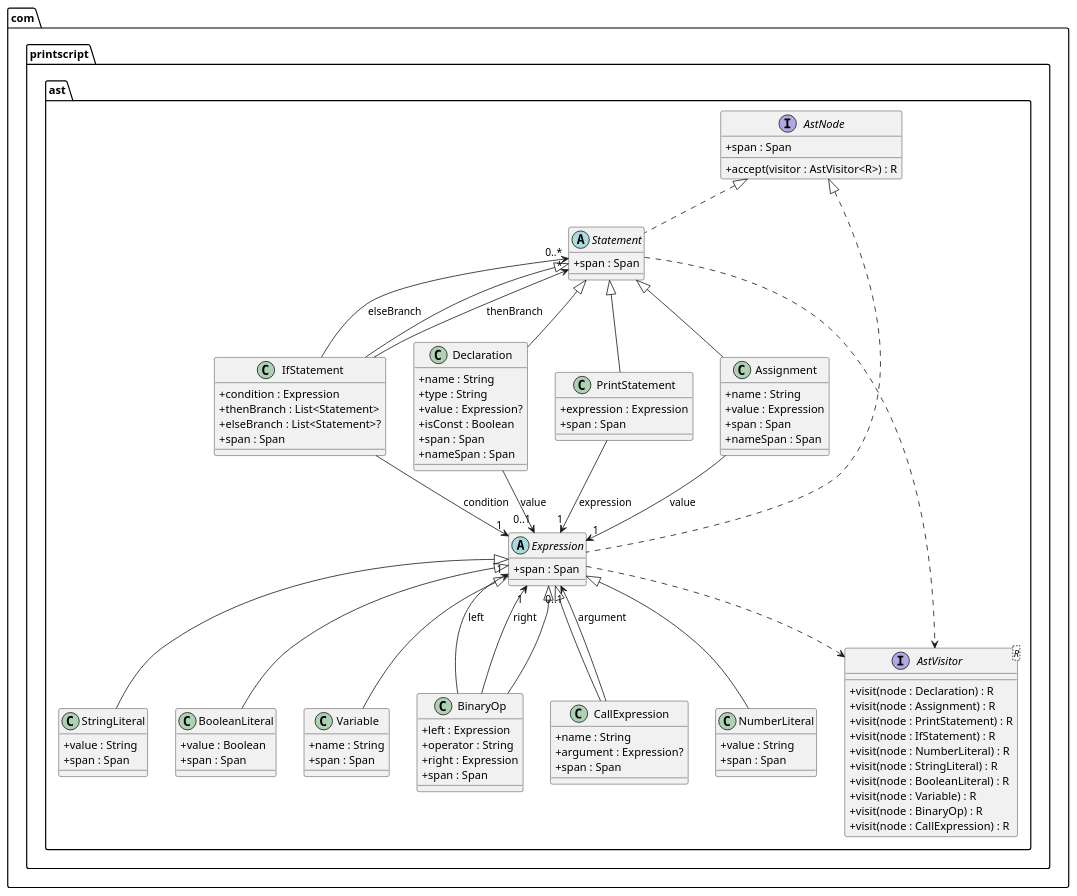
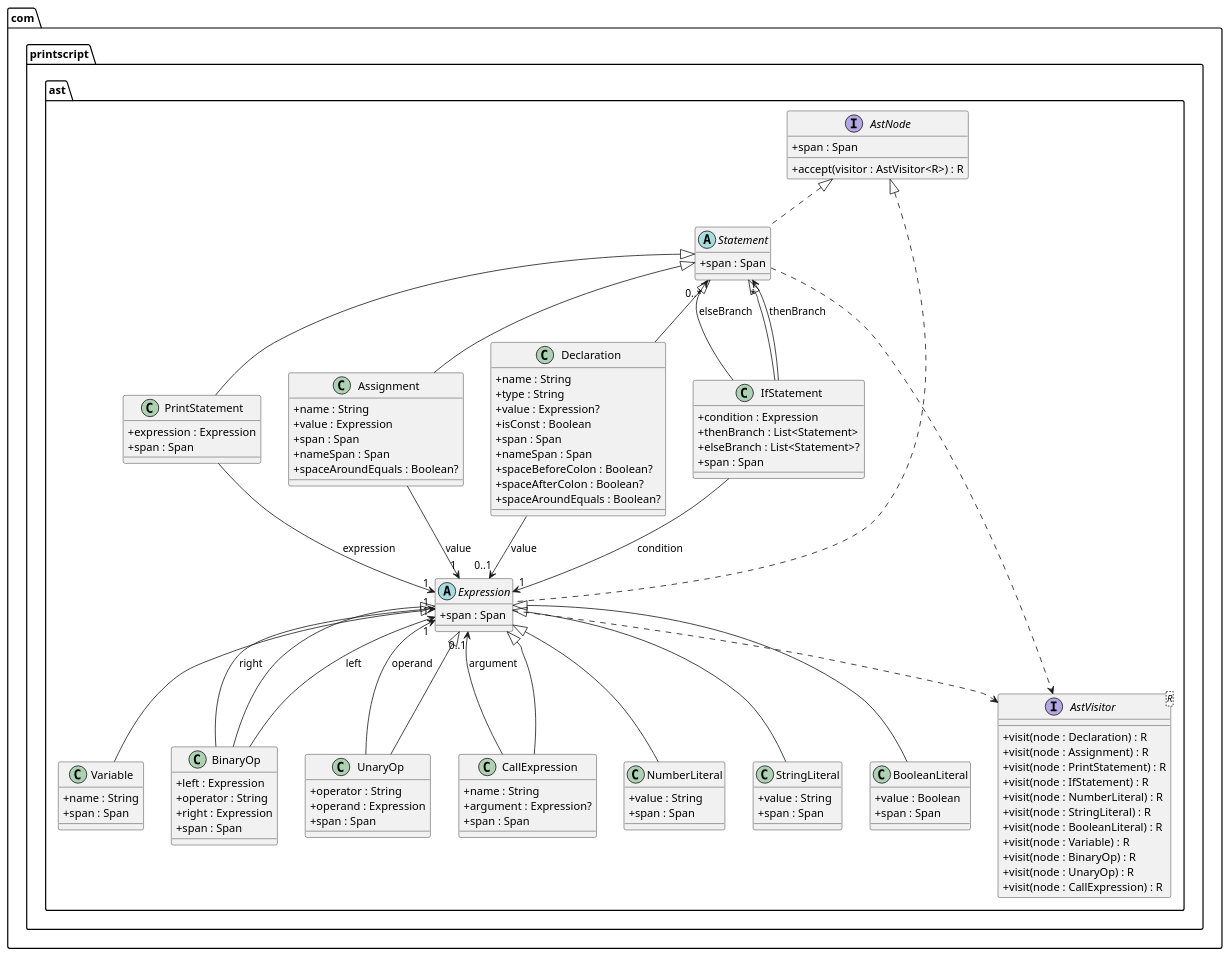
One commit to IngsisMac/printscript changed the diagram in docs/diagrams/ast.puml. Above: the diagram before and after it, drawn with PlantUML. The commit also changed 10 other files, not shown here.

Commit message:
updated diagrams

```diff
--- a/docs/diagrams/ast.puml
+++ b/docs/diagrams/ast.puml
@@ -1,106 +1,118 @@
 @startuml
 skinparam classAttributeIconSize 0
 
 package "com.printscript.ast" {
 
     interface AstNode {
         + span : Span
         + accept(visitor : AstVisitor<R>) : R
     }
 
     interface AstVisitor<R> {
         + visit(node : Declaration) : R
         + visit(node : Assignment) : R
         + visit(node : PrintStatement) : R
         + visit(node : IfStatement) : R
         + visit(node : NumberLiteral) : R
         + visit(node : StringLiteral) : R
         + visit(node : BooleanLiteral) : R
         + visit(node : Variable) : R
         + visit(node : BinaryOp) : R
+        + visit(node : UnaryOp) : R
         + visit(node : CallExpression) : R
     }
 
     abstract class Statement implements AstNode {
         + span : Span
     }
 
     abstract class Expression implements AstNode {
         + span : Span
     }
 
     class Declaration extends Statement {
         + name : String
         + type : String
         + value : Expression?
         + isConst : Boolean
         + span : Span
         + nameSpan : Span
+        + spaceBeforeColon : Boolean?
+        + spaceAfterColon : Boolean?
+        + spaceAroundEquals : Boolean?
     }
 
     class Assignment extends Statement {
         + name : String
         + value : Expression
         + span : Span
         + nameSpan : Span
+        + spaceAroundEquals : Boolean?
     }
 
     class PrintStatement extends Statement {
         + expression : Expression
         + span : Span
     }
 
     class IfStatement extends Statement {
         + condition : Expression
         + thenBranch : List<Statement>
         + elseBranch : List<Statement>?
         + span : Span
     }
 
     class NumberLiteral extends Expression {
         + value : String
         + span : Span
     }
 
     class StringLiteral extends Expression {
         + value : String
         + span : Span
     }
 
     class BooleanLiteral extends Expression {
         + value : Boolean
         + span : Span
     }
 
     class Variable extends Expression {
         + name : String
         + span : Span
     }
 
     class BinaryOp extends Expression {
         + left : Expression
         + operator : String
         + right : Expression
         + span : Span
     }
 
+    class UnaryOp extends Expression {
+        + operator : String
+        + operand : Expression
+        + span : Span
+    }
+
     class CallExpression extends Expression {
         + name : String
         + argument : Expression?
         + span : Span
     }
 
     Declaration --> "0..1" Expression : value
     Assignment --> "1" Expression : value
     PrintStatement --> "1" Expression : expression
     IfStatement --> "1" Expression : condition
     IfStatement --> "*" Statement : thenBranch
     IfStatement --> "0..*" Statement : elseBranch
     BinaryOp --> "1" Expression : left
     BinaryOp --> "1" Expression : right
+    UnaryOp --> "1" Expression : operand
     CallExpression --> "0..1" Expression : argument
     Statement ..> AstVisitor
     Expression ..> AstVisitor
 }
 
 @enduml
```
